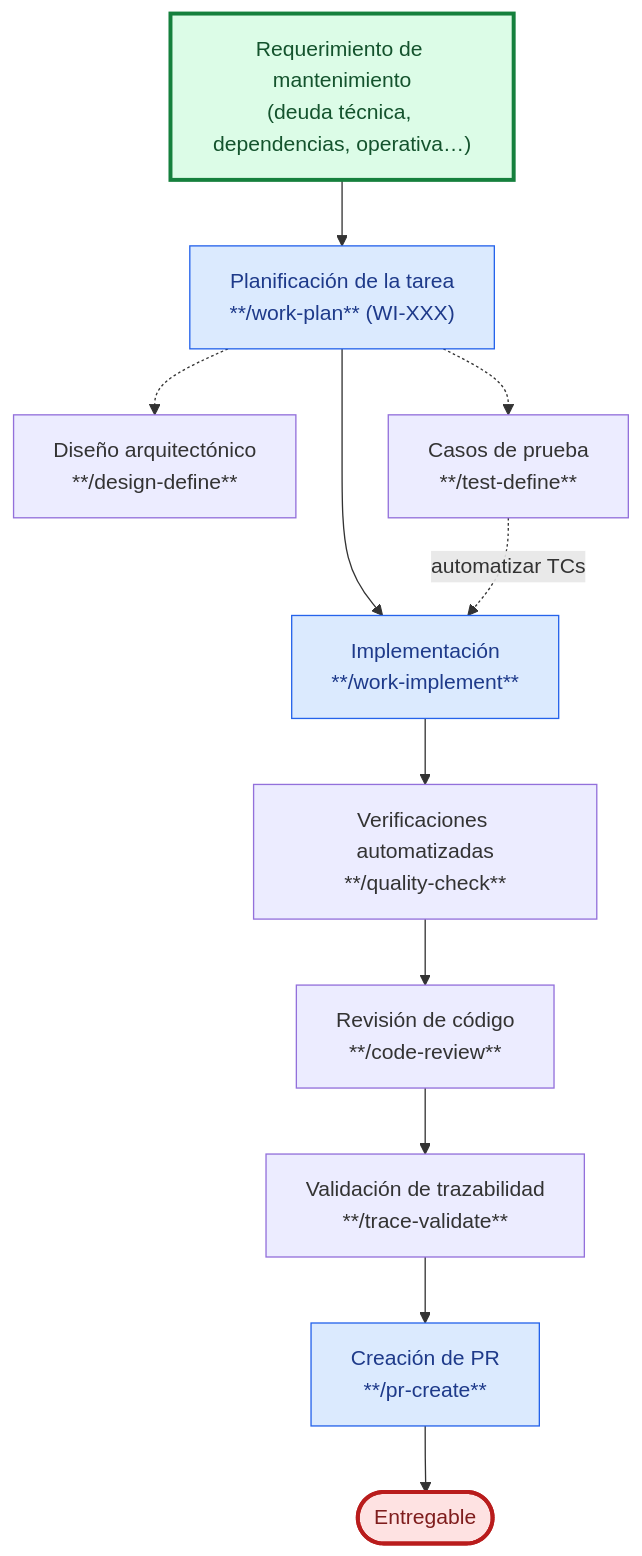
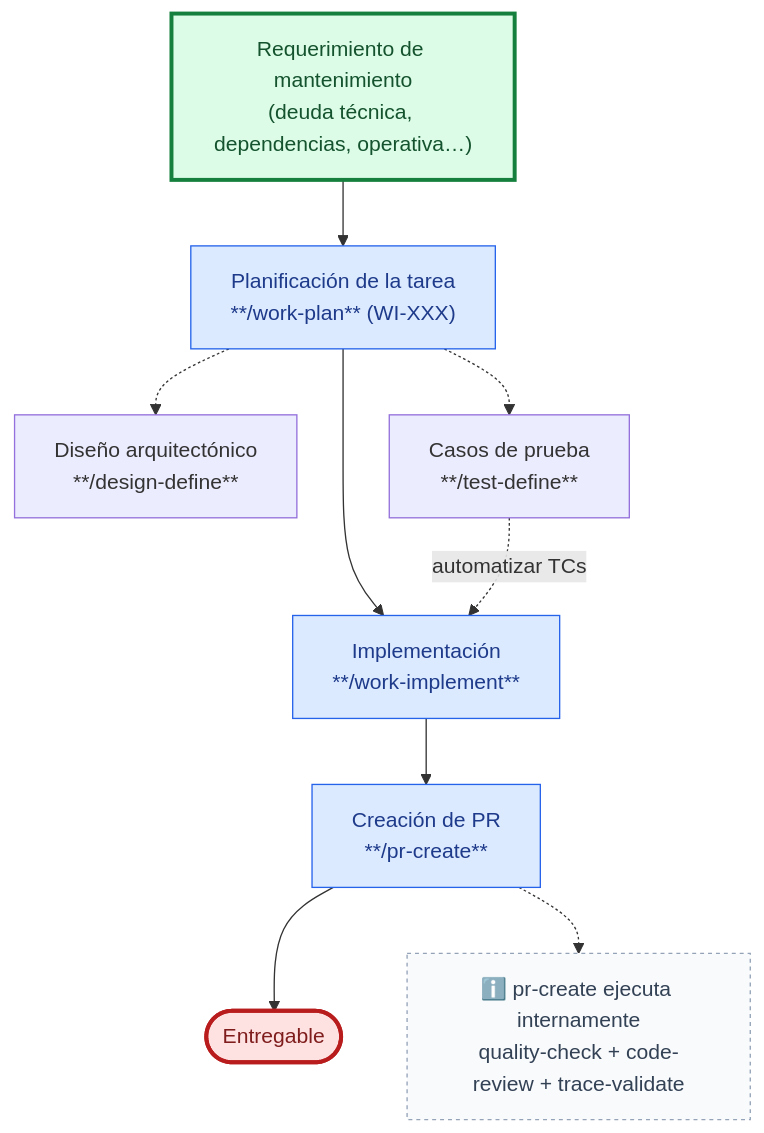
Before and after one commit to juanca202/ai: the diagram in docs/use-cases/maintenance-task.md, drawn with Mermaid. The commit also changed other lines of this file and 4 other files, not shown here.

First line of the commit message:
docs(use-cases): collapse quality gates into a pr-create note in flow diagrams

````diff
--- a/docs/use-cases/maintenance-task.md
+++ b/docs/use-cases/maintenance-task.md
@@ -7,20 +7,21 @@
 ```mermaid
 flowchart TD
     A["Requerimiento de mantenimiento<br/>(deuda técnica, dependencias, operativa…)"] --> E["Planificación de la tarea<br/>**/work-plan** (WI-XXX)"]
     E -.-> D["Diseño arquitectónico<br/>**/design-define**"]
     E -.-> C["Casos de prueba<br/>**/test-define**"]
     E --> G["Implementación<br/>**/work-implement**"]
     C -.->|"automatizar TCs"| G
-    G --> Q0["Verificaciones automatizadas<br/>**/quality-check**"]
-    Q0 --> Q1["Revisión de código<br/>**/code-review**"]
-    Q1 --> Q2["Validación de trazabilidad<br/>**/trace-validate**"]
-    Q2 --> I["Creación de PR<br/>**/pr-create**"]
+    G --> I["Creación de PR<br/>**/pr-create**"]
     I --> J(["Entregable"])
+    NOTE["ℹ️ pr-create ejecuta internamente<br/>quality-check + code-review + trace-validate"]
+    I -.-> NOTE
 
     classDef main fill:#dbeafe,stroke:#2563eb,color:#1e3a8a
     classDef entryPoint fill:#dcfce7,stroke:#15803d,stroke-width:3px,color:#14532d
     classDef exitPoint fill:#fee2e2,stroke:#b91c1c,stroke-width:3px,color:#7f1d1d
+    classDef note fill:#f8fafc,stroke:#94a3b8,stroke-width:1px,stroke-dasharray:3 3,color:#334155
     class E,G,I main
     class A entryPoint
     class J exitPoint
+    class NOTE note
 ```
````
